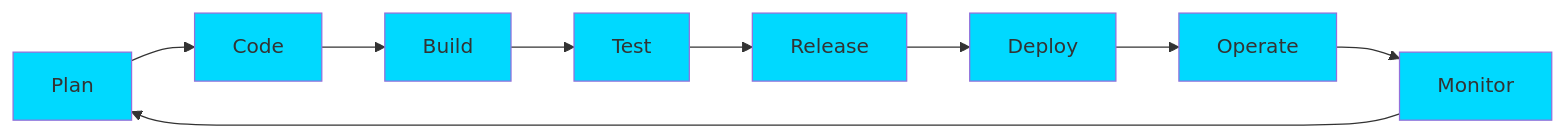
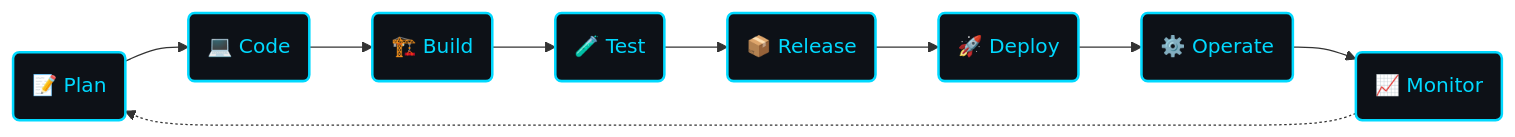
The diagram in README.md (madupadilshan/madupadilshan), drawn with Mermaid before and after one commit. The commit also changed other lines of this file, not shown here.

````diff
--- a/README.md
+++ b/README.md
@@ -105,20 +141,9 @@
 ```mermaid
-graph LR
-    A[Plan] --> B[Code]
-    B --> C[Build]
-    C --> D[Test]
-    D --> E[Release]
-    E --> F[Deploy]
-    F --> G[Operate]
-    G --> H[Monitor]
-    H --> A
-    
-    style A fill:#00D9FF
-    style B fill:#00D9FF
-    style C fill:#00D9FF
-    style D fill:#00D9FF
-    style E fill:#00D9FF
-    style F fill:#00D9FF
-    style G fill:#00D9FF
-    style H fill:#00D9FF
+flowchart LR
+    A(📝 Plan) --> B(💻 Code) --> C(🏗️ Build) --> D(🧪 Test)
+    D --> E(📦 Release) --> F(🚀 Deploy) --> G(⚙️ Operate) --> H(📈 Monitor)
+    H -.-> A
+
+    classDef stage fill:#0D1117,stroke:#00D9FF,stroke-width:2px,color:#00D9FF;
+    class A,B,C,D,E,F,G,H stage;
 ```
````
